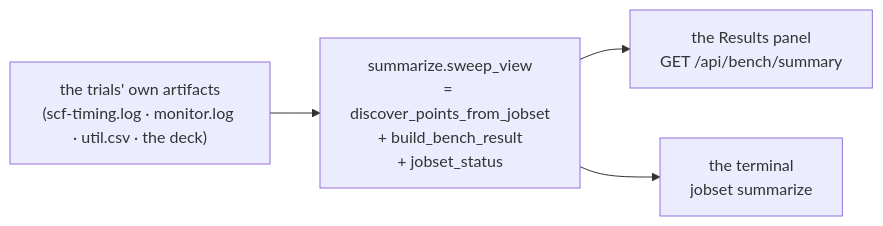
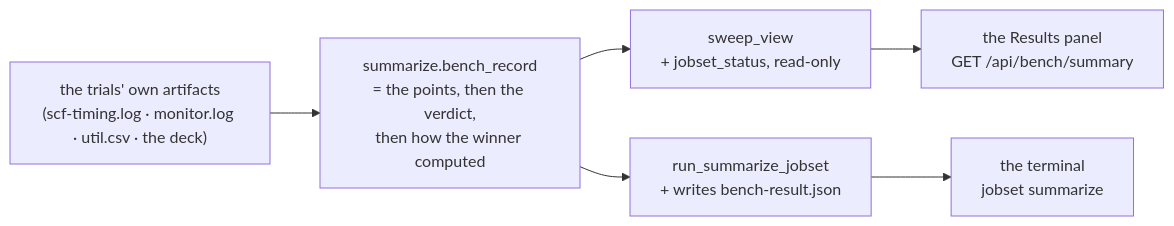
Before and after one commit to Qing-LAB/molbuilder: the tenth of 10 diagrams in docs/execution/job-system.md, drawn with Mermaid. The commit also changed other lines of this file and 3 other files, not shown here.

````diff
--- a/docs/execution/job-system.md
+++ b/docs/execution/job-system.md
@@ -1347,9 +1347,12 @@
 ```mermaid
 flowchart LR
     A["the trials' own artifacts<br/>(scf-timing.log · monitor.log · util.csv · the deck)"]
-    C["summarize.sweep_view<br/>= discover_points_from_jobset<br/>+ build_bench_result<br/>+ jobset_status"]
+    C["summarize.bench_record<br/>= the points, then the verdict,<br/>then how the winner computed"]
+    V["sweep_view<br/>+ jobset_status, read-only"]
+    R["run_summarize_jobset<br/>+ writes bench-result.json"]
     W["the Results panel<br/>GET /api/bench/summary"]
     T["the terminal<br/>jobset summarize"]
-    A --> C --> W
-    C --> T
+    A --> C
+    C --> V --> W
+    C --> R --> T
 ```
````
